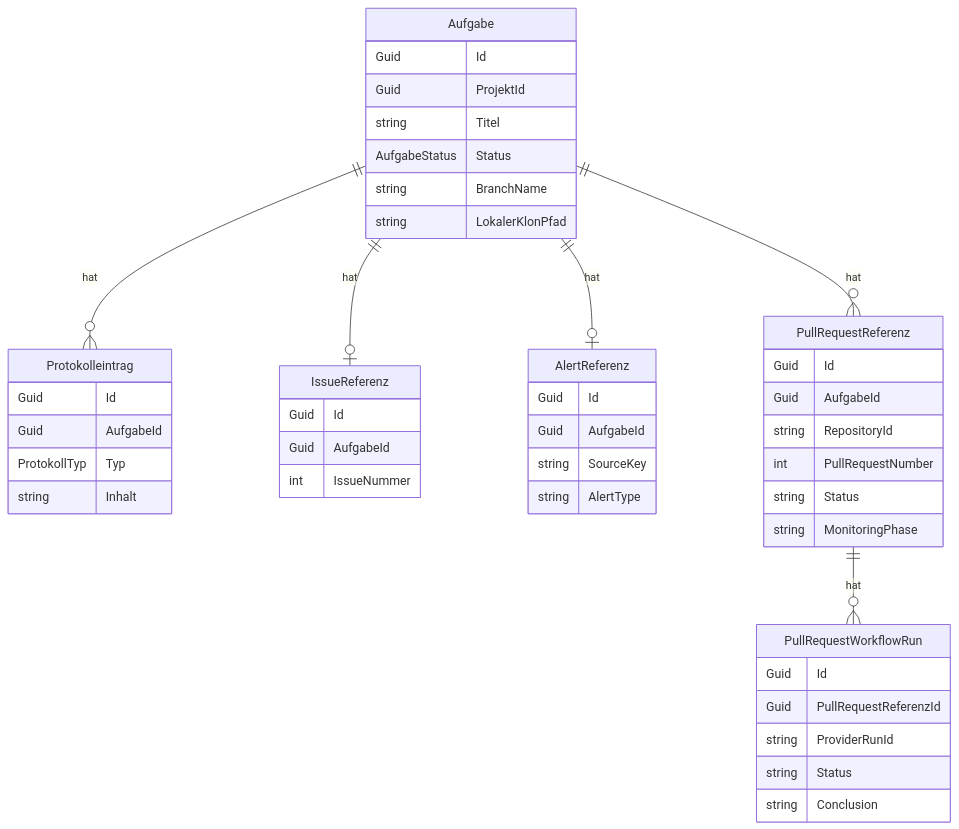
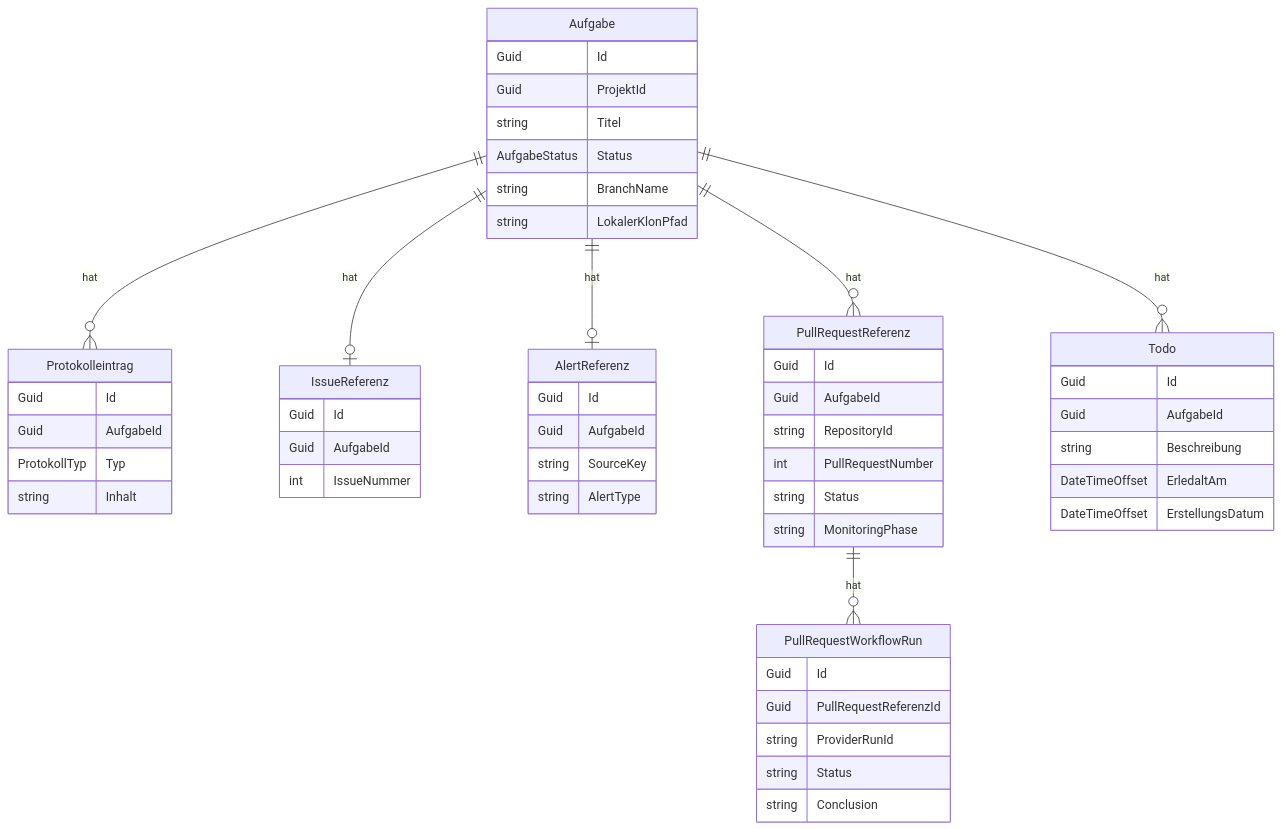
One commit to martin-stromberg/Softwareschmiede changed the second of 2 diagrams in docs/help/aufgaben/datenmodell.md. Above: the diagram before and after it, drawn with Mermaid. The commit also changed other lines of this file and 72 other files, not shown here.

````diff
--- a/docs/help/aufgaben/datenmodell.md
+++ b/docs/help/aufgaben/datenmodell.md
@@ -130,48 +141,56 @@
 ```mermaid
 erDiagram
     Aufgabe {
         Guid Id
         Guid ProjektId
         string Titel
         AufgabeStatus Status
         string BranchName
         string LokalerKlonPfad
     }
     Protokolleintrag {
         Guid Id
         Guid AufgabeId
         ProtokollTyp Typ
         string Inhalt
     }
     IssueReferenz {
         Guid Id
         Guid AufgabeId
         int IssueNummer
     }
     AlertReferenz {
         Guid Id
         Guid AufgabeId
         string SourceKey
         string AlertType
     }
     PullRequestReferenz {
         Guid Id
         Guid AufgabeId
         string RepositoryId
         int PullRequestNumber
         string Status
         string MonitoringPhase
     }
     PullRequestWorkflowRun {
         Guid Id
         Guid PullRequestReferenzId
         string ProviderRunId
         string Status
         string Conclusion
     }
+    Todo {
+        Guid Id
+        Guid AufgabeId
+        string Beschreibung
+        DateTimeOffset ErledaltAm
+        DateTimeOffset ErstellungsDatum
+    }
     Aufgabe ||--o{ Protokolleintrag : "hat"
     Aufgabe ||--o| IssueReferenz : "hat"
     Aufgabe ||--o| AlertReferenz : "hat"
     Aufgabe ||--o{ PullRequestReferenz : "hat"
+    Aufgabe ||--o{ Todo : "hat"
     PullRequestReferenz ||--o{ PullRequestWorkflowRun : "hat"
 ```
````
